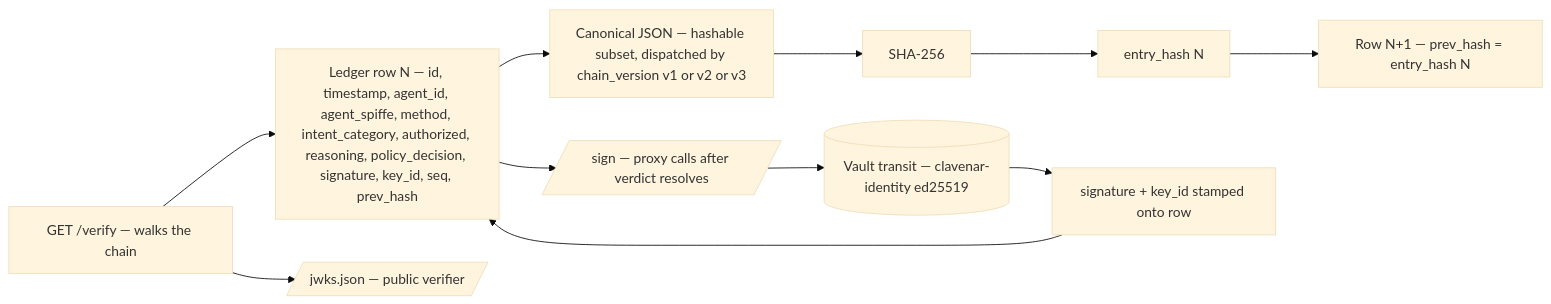
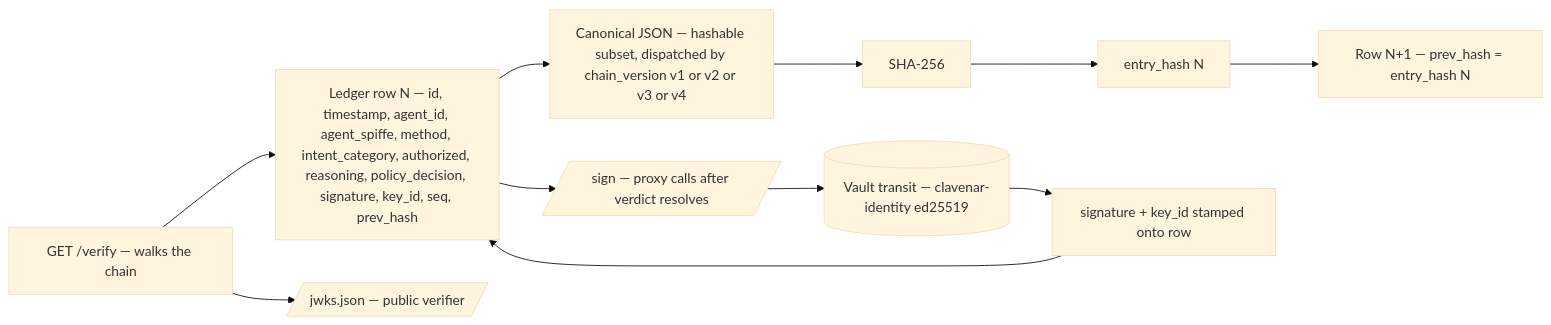
Before and after one commit to clavenar/clavenar-specs: the first of 2 diagrams in TECH_SPEC.md, drawn with Mermaid (base theme). The commit also changed other lines of this file and 1 other file, not shown here.

First line of the commit message:
document chain v4 brain evidence + manifest v6 + postgres export

````diff
--- a/TECH_SPEC.md
+++ b/TECH_SPEC.md
@@ -187,20 +187,20 @@
 ```mermaid
 flowchart LR
   Row[Ledger row N — id, timestamp, agent_id, agent_spiffe, method, intent_category, authorized, reasoning, policy_decision, signature, key_id, seq, prev_hash]
-  Hashable[Canonical JSON — hashable subset, dispatched by chain_version v1 or v2 or v3]
+  Hashable[Canonical JSON — hashable subset, dispatched by chain_version v1 or v2 or v3 or v4]
   Hash[SHA-256]
   Entry[entry_hash N]
   Next[Row N+1 — prev_hash = entry_hash N]
 
   Vault[(Vault transit — clavenar-identity ed25519)]
   Sign[/sign — proxy calls after verdict resolves/]
   Sig[signature + key_id stamped onto row]
 
   Verify[GET /verify — walks the chain]
   JWKS[/jwks.json — public verifier/]
 
   Row --> Hashable --> Hash --> Entry --> Next
   Row --> Sign --> Vault --> Sig --> Row
   Verify --> Row
   Verify --> JWKS
 ```
````
